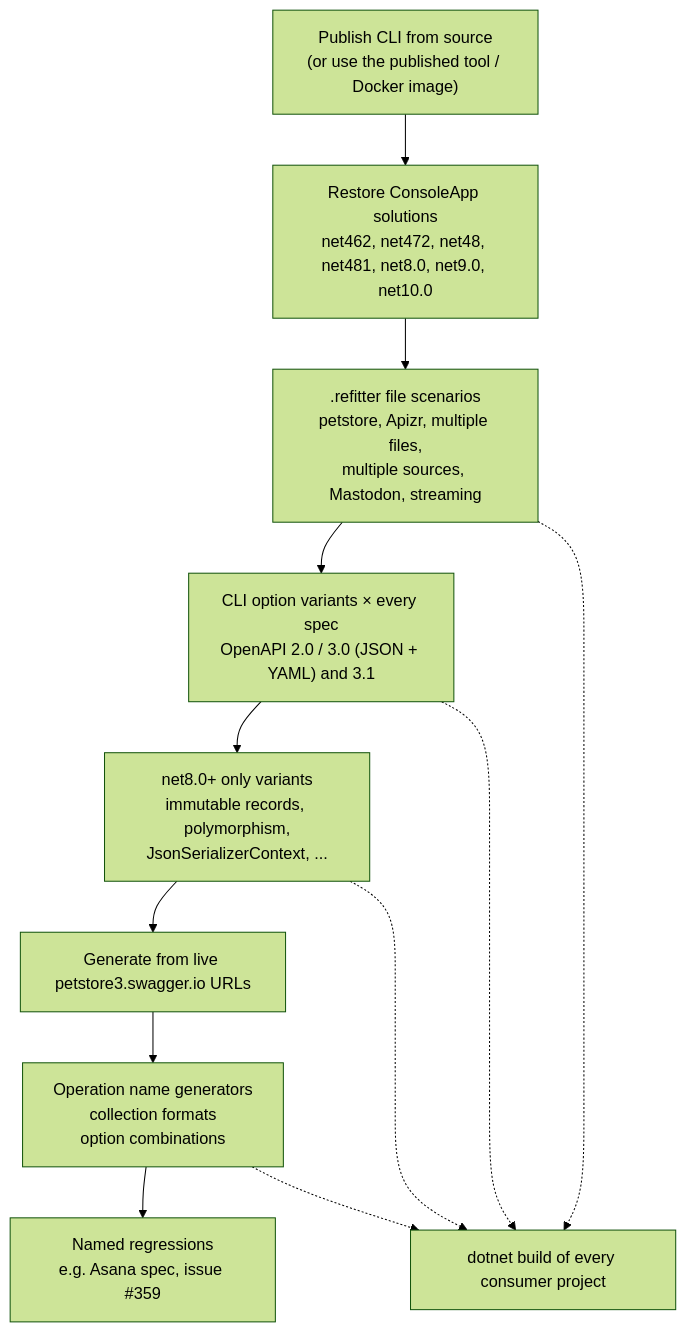
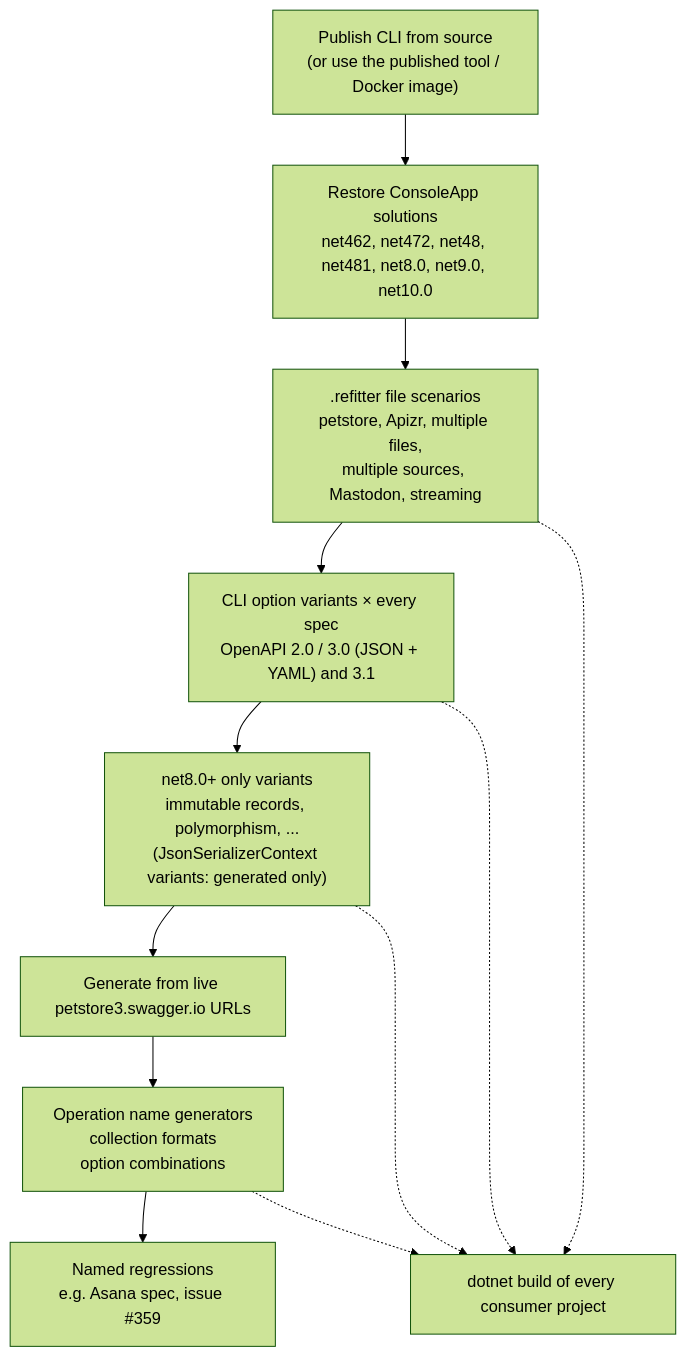
One commit to christianhelle/refitter changed the fifth of 7 diagrams in docs/docfx_project/articles/technical/testing.md. Above: the diagram before and after it, drawn with Mermaid (forest theme). The commit also changed other lines of this file, not shown here.

````diff
--- a/docs/docfx_project/articles/technical/testing.md
+++ b/docs/docfx_project/articles/technical/testing.md
@@ -204,15 +207,15 @@
 ```mermaid
 flowchart TD
     P0["Publish CLI from source<br/>(or use the published tool / Docker image)"] --> P1["Restore ConsoleApp solutions<br/>net462, net472, net48, net481, net8.0, net9.0, net10.0"]
     P1 --> P2[".refitter file scenarios<br/>petstore, Apizr, multiple files,<br/>multiple sources, Mastodon, streaming"]
     P2 --> P3["CLI option variants × every spec<br/>OpenAPI 2.0 / 3.0 (JSON + YAML) and 3.1"]
-    P3 --> P5["net8.0+ only variants<br/>immutable records, polymorphism,<br/>JsonSerializerContext, ..."]
+    P3 --> P5["net8.0+ only variants<br/>immutable records, polymorphism, ...<br/>(JsonSerializerContext variants: generated only)"]
     P5 --> P7["Generate from live petstore3.swagger.io URLs"]
     P7 --> P8["Operation name generators<br/>collection formats<br/>option combinations"]
     P8 --> P11["Named regressions<br/>e.g. Asana spec, issue #359"]
 
     P2 -.-> BUILD["dotnet build of every consumer project"]
     P3 -.-> BUILD
     P5 -.-> BUILD
     P8 -.-> BUILD
 ```
````
